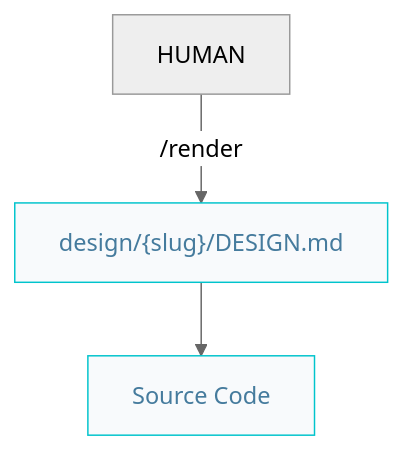
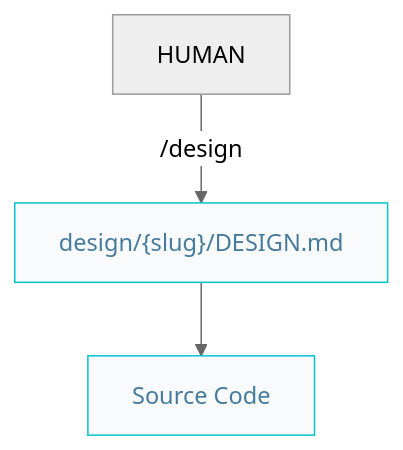
Before and after one commit to AIDDbot/AIDDbot: the first of 2 diagrams in docs/designer.pipelines.md, drawn with Mermaid (neutral theme). The commit also changed other lines of this file and 8 other files, not shown here.

Commit message:
feat: rename render back to design

````diff
--- a/docs/designer.pipelines.md
+++ b/docs/designer.pipelines.md
@@ -7,11 +7,11 @@
 ```mermaid
 flowchart TD
   HUM[HUMAN]
   DES["design/{slug}/DESIGN.md"]:::nd
   COD[Source Code]:::nd
 
-  HUM -->|/render| DES
+  HUM -->|/design| DES
   DES --> COD
 
   classDef nd fill:#f8fafc,stroke:#00c4cc,color:#457b9d
 ```
````
